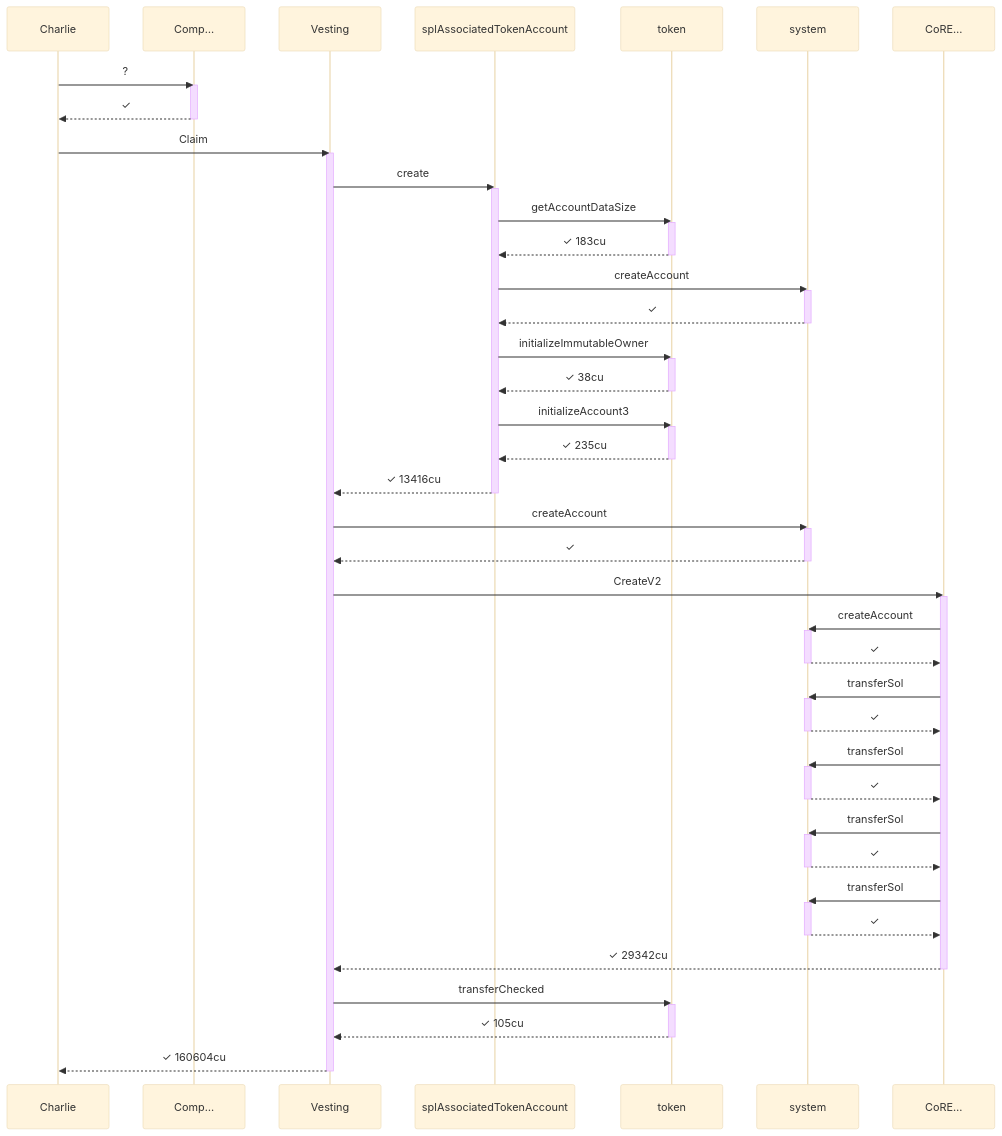
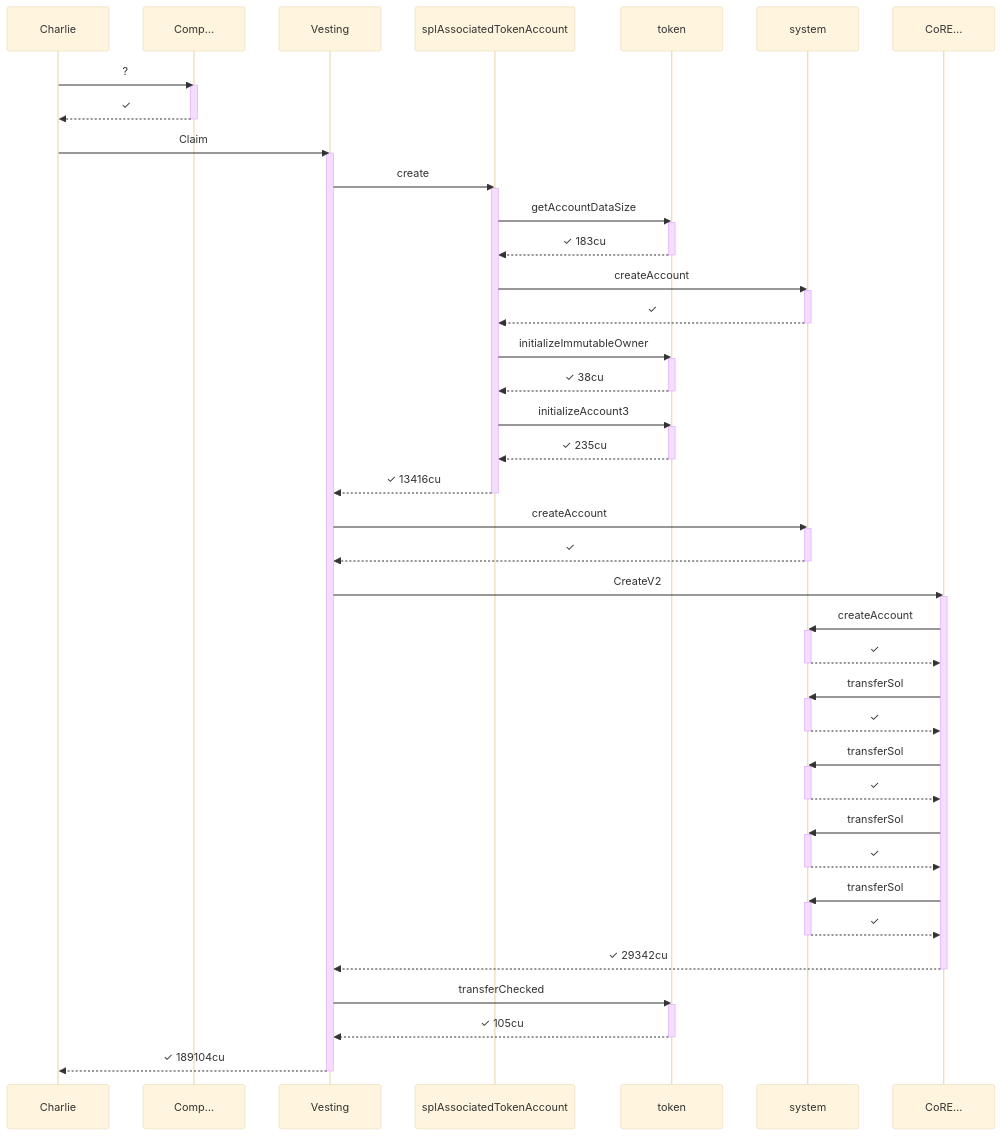
Before and after one commit to cds-turbin3/vesting-position: the tenth of 36 diagrams in babelfish-tests/test-report/full_lifecycle.md, drawn with Mermaid (base theme). The commit also changed other lines of this file and 106 other files, not shown here.

````diff
--- a/babelfish-tests/test-report/full_lifecycle.md
+++ b/babelfish-tests/test-report/full_lifecycle.md
@@ -521,70 +535,70 @@
 ```mermaid
 sequenceDiagram
     participant p0 as Charlie
     participant p1 as Comp…
     participant p2 as Vesting
     participant p3 as splAssociatedTokenAccount
     participant p4 as token
     participant p5 as system
     participant p6 as CoRE…
     p0->>p1: ?
     activate p1
     p1-->>p0: ✓
     deactivate p1
     p0->>p2: Claim
     activate p2
     p2->>p3: create
     activate p3
     p3->>p4: getAccountDataSize
     activate p4
     p4-->>p3: ✓ 183cu
     deactivate p4
     p3->>p5: createAccount
     activate p5
     p5-->>p3: ✓
     deactivate p5
     p3->>p4: initializeImmutableOwner
     activate p4
     p4-->>p3: ✓ 38cu
     deactivate p4
     p3->>p4: initializeAccount3
     activate p4
     p4-->>p3: ✓ 235cu
     deactivate p4
     p3-->>p2: ✓ 13416cu
     deactivate p3
     p2->>p5: createAccount
     activate p5
     p5-->>p2: ✓
     deactivate p5
     p2->>p6: CreateV2
     activate p6
     p6->>p5: createAccount
     activate p5
     p5-->>p6: ✓
     deactivate p5
     p6->>p5: transferSol
     activate p5
     p5-->>p6: ✓
     deactivate p5
     p6->>p5: transferSol
     activate p5
     p5-->>p6: ✓
     deactivate p5
     p6->>p5: transferSol
     activate p5
     p5-->>p6: ✓
     deactivate p5
     p6->>p5: transferSol
     activate p5
     p5-->>p6: ✓
     deactivate p5
     p6-->>p2: ✓ 29342cu
     deactivate p6
     p2->>p4: transferChecked
     activate p4
     p4-->>p2: ✓ 105cu
     deactivate p4
-    p2-->>p0: ✓ 160604cu
+    p2-->>p0: ✓ 189104cu
     deactivate p2
 ```
````
